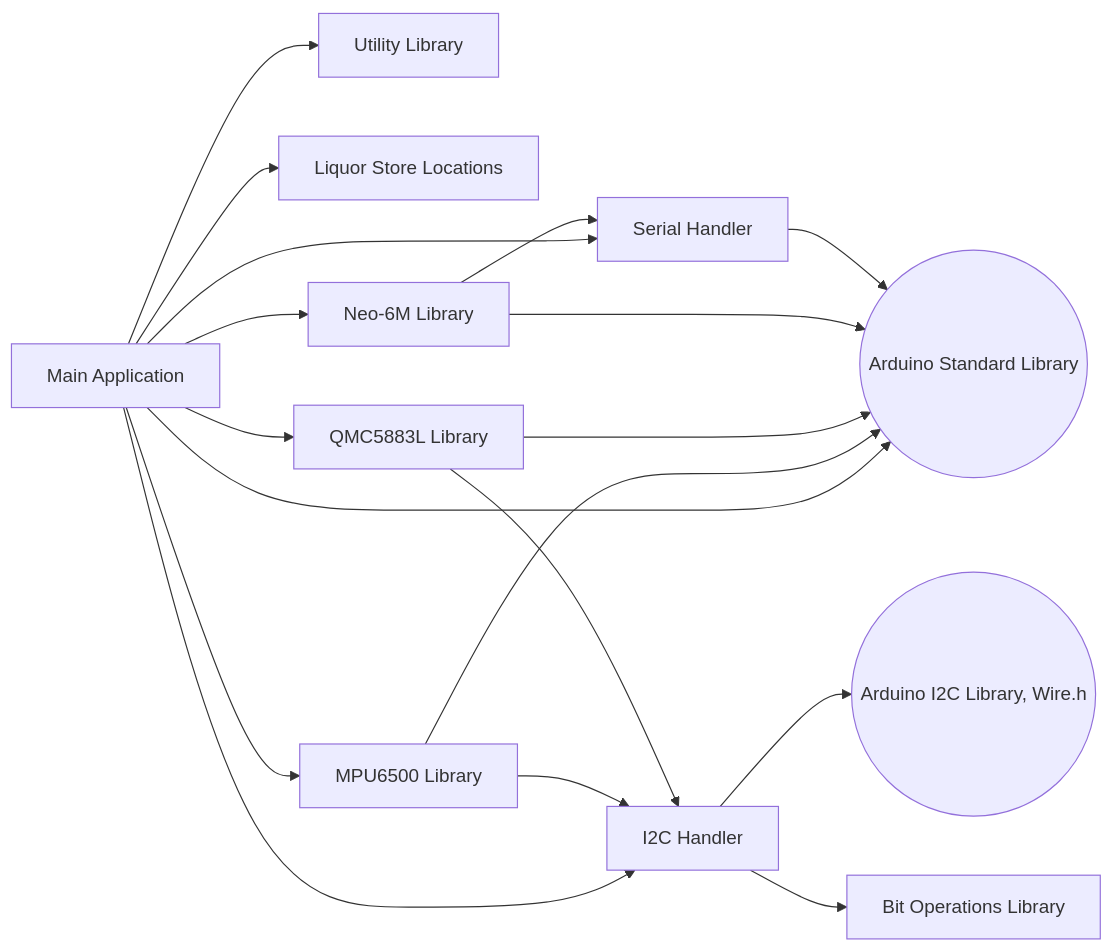
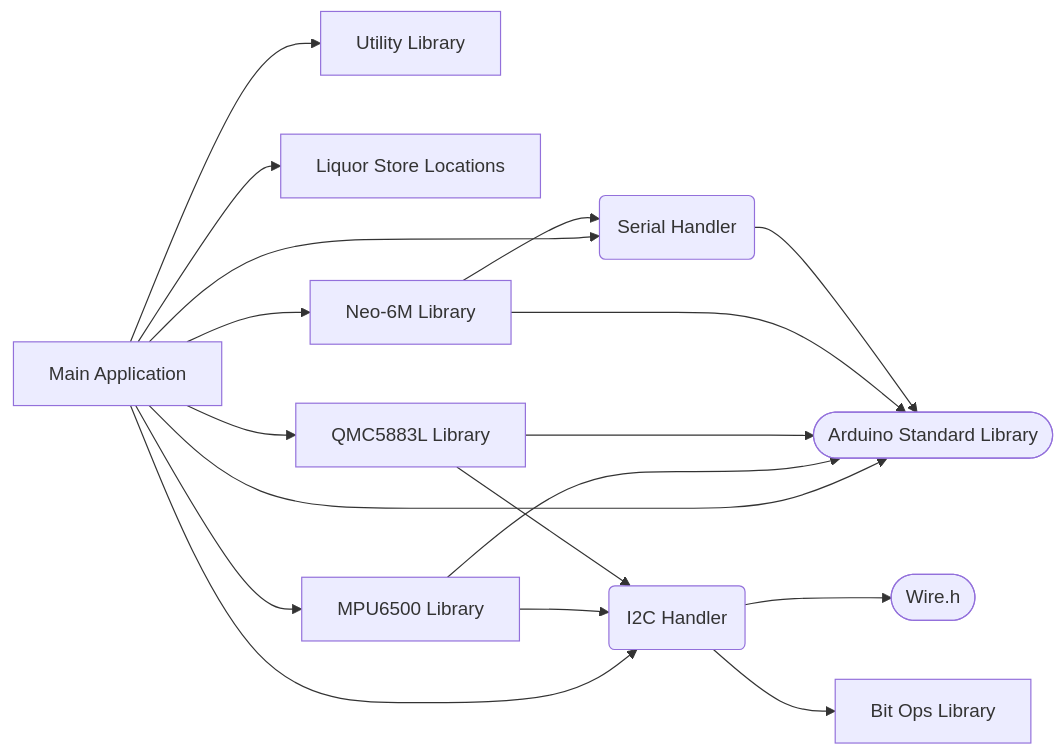
Before and after one commit to kyleetqi/beercompassV0: the diagram in readme.md, drawn with Mermaid. The commit also changed other lines of this file, not shown here.

Commit message:
Update flowchart

````diff
--- a/readme.md
+++ b/readme.md
@@ -11,38 +11,38 @@
 ```mermaid
 
 flowchart LR
 
 %% Main non-hardware libraries
 main[Main Application] --> utils[Utility Library]
-main --> arduino((Arduino Standard Library))
+main --> arduino([Arduino Standard Library])
 main --> locations[Liquor Store Locations]
 
 %% Main IC libraries
 main --> mpu6500[MPU6500 Library]
 main --> qmc5883l[QMC5883L Library]
 main --> neo6m[Neo-6M Library]
 
 %% Main hardware interfacing libraries
-main --> serial[Serial Handler]
-main --> i2c[I2C Handler]
+main --> serial(Serial Handler)
+main --> i2c(I2C Handler)
 
 %% MPU6500 libraries
 mpu6500 --> arduino
 mpu6500 --> i2c
 
 %% QMC5883L libraries
 qmc5883l --> i2c
 qmc5883l --> arduino
 
 %% Neo-6M libraries
 neo6m --> arduino
 neo6m --> serial
 
 %% I2C libraries
-i2c --> wire((Arduino I2C Library, Wire.h))
-i2c --> bitops[Bit Operations Library]
+i2c --> wire([Wire.h])
+i2c --> bitops[Bit Ops Library]
 
 %% Serial libraries
 serial --> arduino
 
 ```
````
